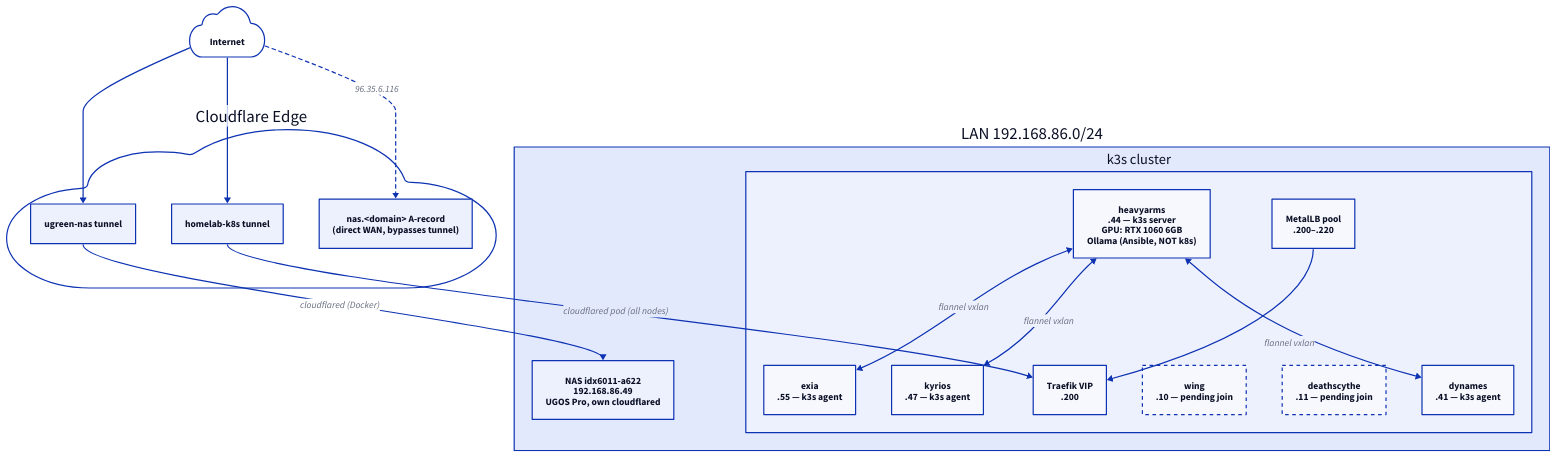
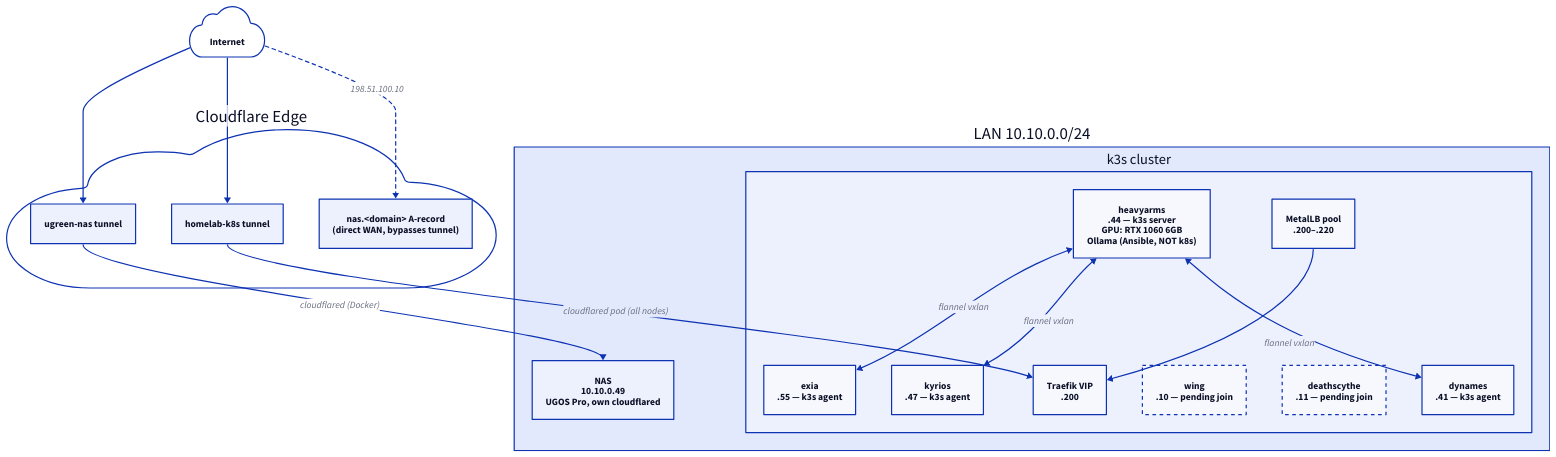
The diagram in static/images/homelab/diagrams/network.d2 (gardlt/gardltio), drawn with D2 before and after one commit. The commit also changed 10 other files, not shown here.

First line of the commit message:
post: refresh stack-under-the-agents for current 8-agent roster, update diagrams

```diff
--- a/static/images/homelab/diagrams/network.d2
+++ b/static/images/homelab/diagrams/network.d2
@@ -1,39 +1,39 @@
 # regenerate: d2 network.d2 network.svg
 # Network topology — LAN nodes, k3s roles, MetalLB range, Cloudflare edge.
 
 internet: Internet {shape: cloud}
 
 cloudflare: Cloudflare Edge {
   shape: cloud
   tunnel-nas: ugreen-nas tunnel
   tunnel-k8s: homelab-k8s tunnel
   wan-record: "nas.<domain> A-record\n(direct WAN, bypasses tunnel)"
 }
 
 internet -> cloudflare.tunnel-nas
 internet -> cloudflare.tunnel-k8s
-internet -> cloudflare.wan-record: "96.35.6.116" {style.stroke-dash: 3}
+internet -> cloudflare.wan-record: "198.51.100.10" {style.stroke-dash: 3}
 
-lan: LAN 192.168.86.0/24 {
-  nas: NAS idx6011-a622\n192.168.86.49\nUGOS Pro, own cloudflared {shape: rectangle}
+lan: LAN 10.10.0.0/24 {
+  nas: NAS\n10.10.0.49\nUGOS Pro, own cloudflared {shape: rectangle}
 
   k3s: k3s cluster {
     heavyarms: heavyarms\n.44 — k3s server\nGPU: RTX 1060 6GB\nOllama (Ansible, NOT k8s) {shape: rectangle}
     exia: exia\n.55 — k3s agent {shape: rectangle}
     kyrios: kyrios\n.47 — k3s agent {shape: rectangle}
     dynames: dynames\n.41 — k3s agent {shape: rectangle}
     wing: wing\n.10 — pending join {shape: rectangle; style.stroke-dash: 3}
     deathscythe: deathscythe\n.11 — pending join {shape: rectangle; style.stroke-dash: 3}
 
     metallb: MetalLB pool\n.200–.220 {shape: rectangle}
     traefik: Traefik VIP\n.200 {shape: rectangle}
 
     metallb -> traefik
     heavyarms <-> exia: flannel vxlan
     heavyarms <-> kyrios: flannel vxlan
     heavyarms <-> dynames: flannel vxlan
   }
 }
 
 cloudflare.tunnel-nas -> lan.nas: cloudflared (Docker)
 cloudflare.tunnel-k8s -> lan.k3s.traefik: cloudflared pod (all nodes)
```
